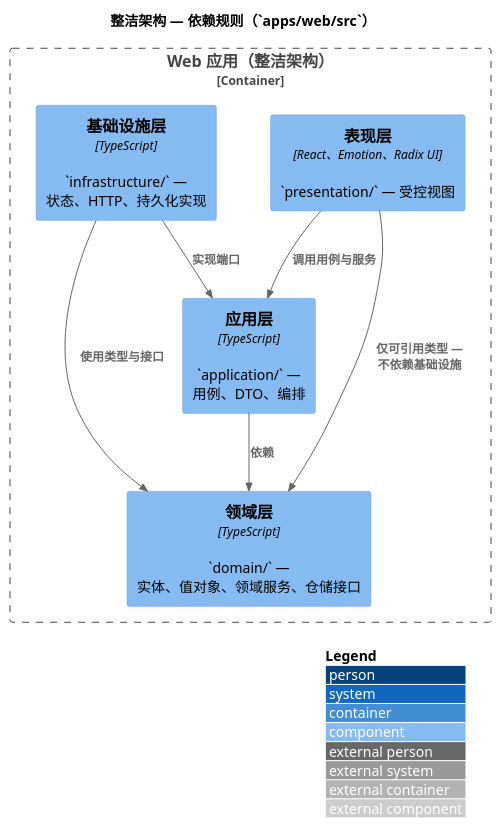
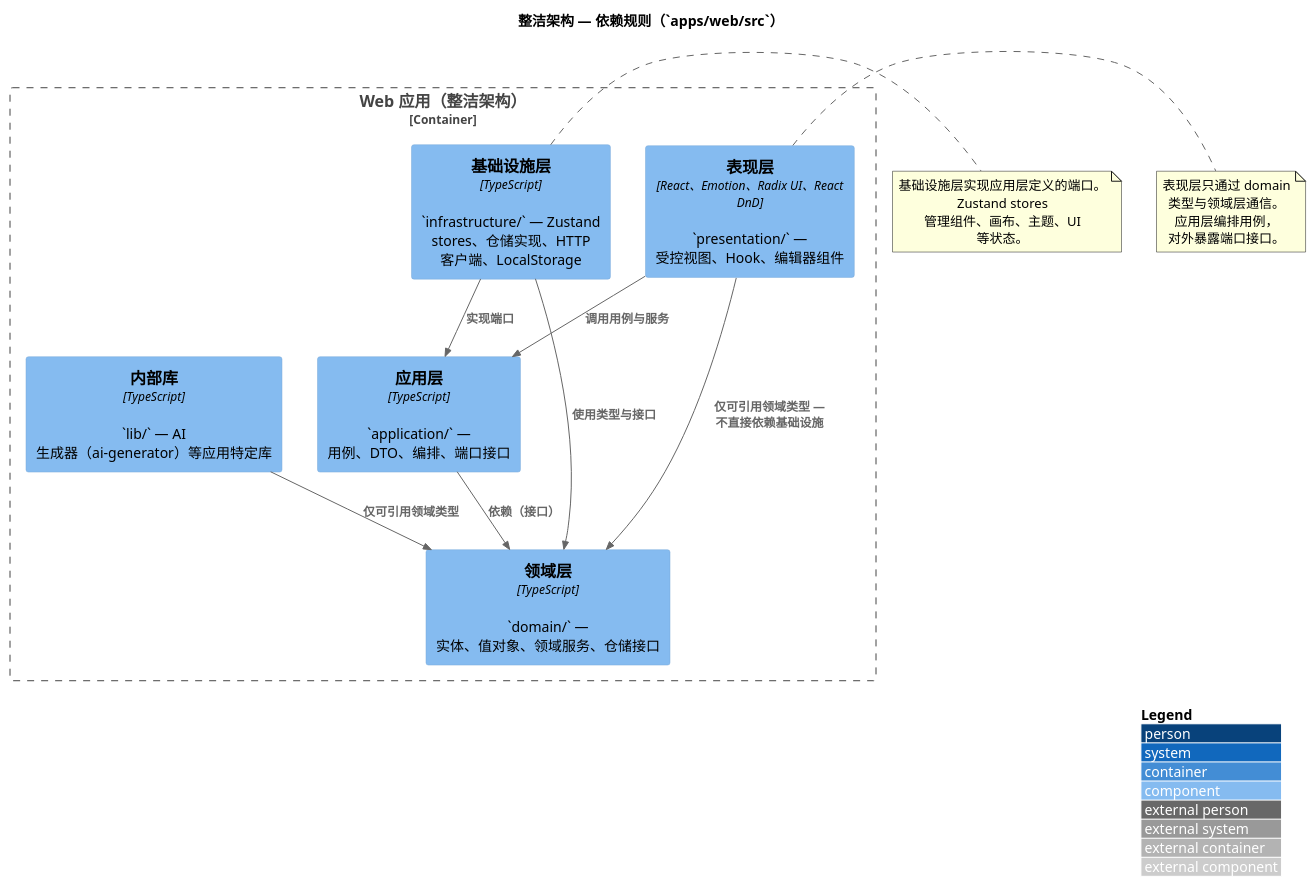
The diagram in docs/zh/architecture/c4/c4-clean-architecture.puml (felixzhu97/low-code-platform), drawn with PlantUML before and after one commit. The commit also changed 41 other files, not shown here.

```diff
--- a/docs/zh/architecture/c4/c4-clean-architecture.puml
+++ b/docs/zh/architecture/c4/c4-clean-architecture.puml
@@ -1,21 +1,33 @@
 @startuml c4-clean-architecture-felix-zh
 !include https://raw.githubusercontent.com/plantuml-stdlib/C4-PlantUML/master/C4_Component.puml
 
 LAYOUT_WITH_LEGEND()
 
 title 整洁架构 — 依赖规则（`apps/web/src`）
 
 Container_Boundary(web, "Web 应用（整洁架构）") {
-    Component(presentation, "表现层", "React、Emotion、Radix UI", "`presentation/` — 受控视图")
-    Component(application, "应用层", "TypeScript", "`application/` — 用例、DTO、编排")
+    Component(presentation, "表现层", "React、Emotion、Radix UI、React DnD", "`presentation/` — 受控视图、Hook、编辑器组件")
+    Component(application, "应用层", "TypeScript", "`application/` — 用例、DTO、编排、端口接口")
     Component(domain, "领域层", "TypeScript", "`domain/` — 实体、值对象、领域服务、仓储接口")
-    Component(infrastructure, "基础设施层", "TypeScript", "`infrastructure/` — 状态、HTTP、持久化实现")
+    Component(infrastructure, "基础设施层", "TypeScript", "`infrastructure/` — Zustand stores、仓储实现、HTTP 客户端、LocalStorage")
+    Component(lib, "内部库", "TypeScript", "`lib/` — AI 生成器（ai-generator）等应用特定库")
 }
 
 Rel(presentation, application, "调用用例与服务")
-Rel(application, domain, "依赖")
+Rel(application, domain, "依赖（接口）")
 Rel(infrastructure, application, "实现端口")
 Rel(infrastructure, domain, "使用类型与接口")
-Rel(presentation, domain, "仅可引用类型 — 不依赖基础设施")
+Rel(presentation, domain, "仅可引用领域类型 — 不直接依赖基础设施")
+Rel(lib, domain, "仅可引用领域类型")
+
+note right of presentation
+  表现层只通过 domain 类型与领域层通信。
+  应用层编排用例，对外暴露端口接口。
+end note
+
+note right of infrastructure
+  基础设施层实现应用层定义的端口。
+  Zustand stores 管理组件、画布、主题、UI 等状态。
+end note
 
 @enduml
```
